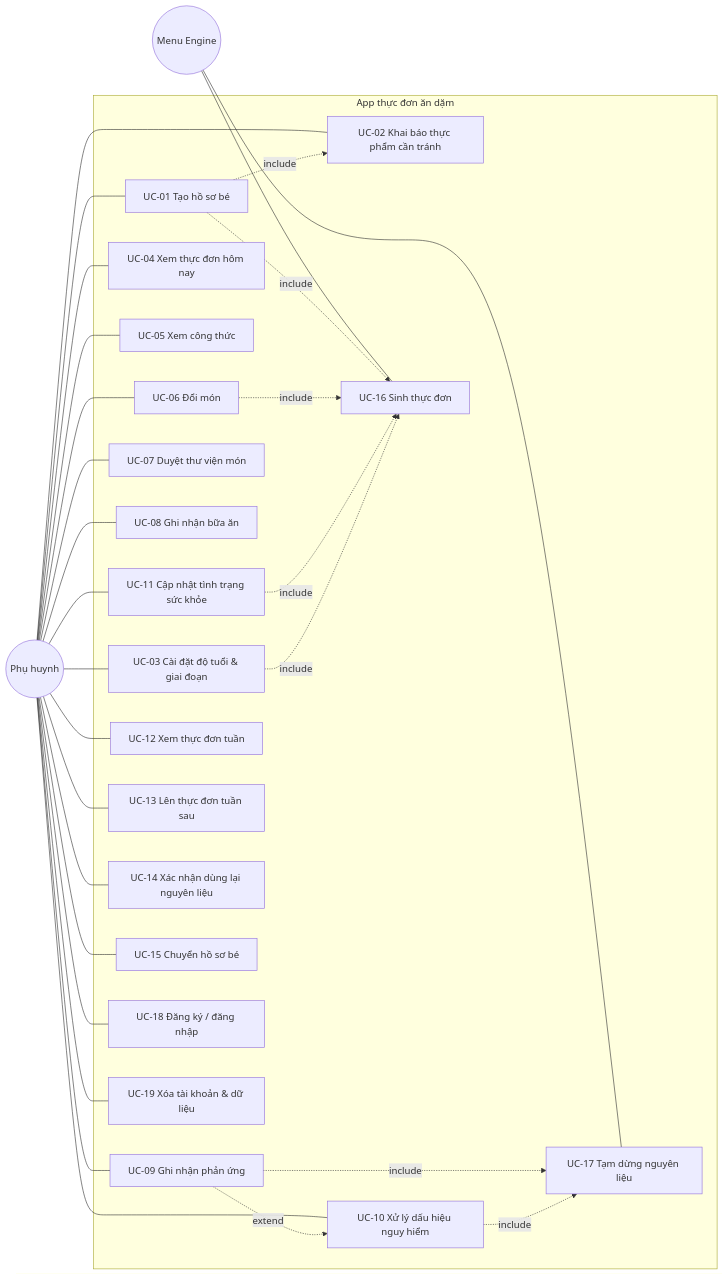
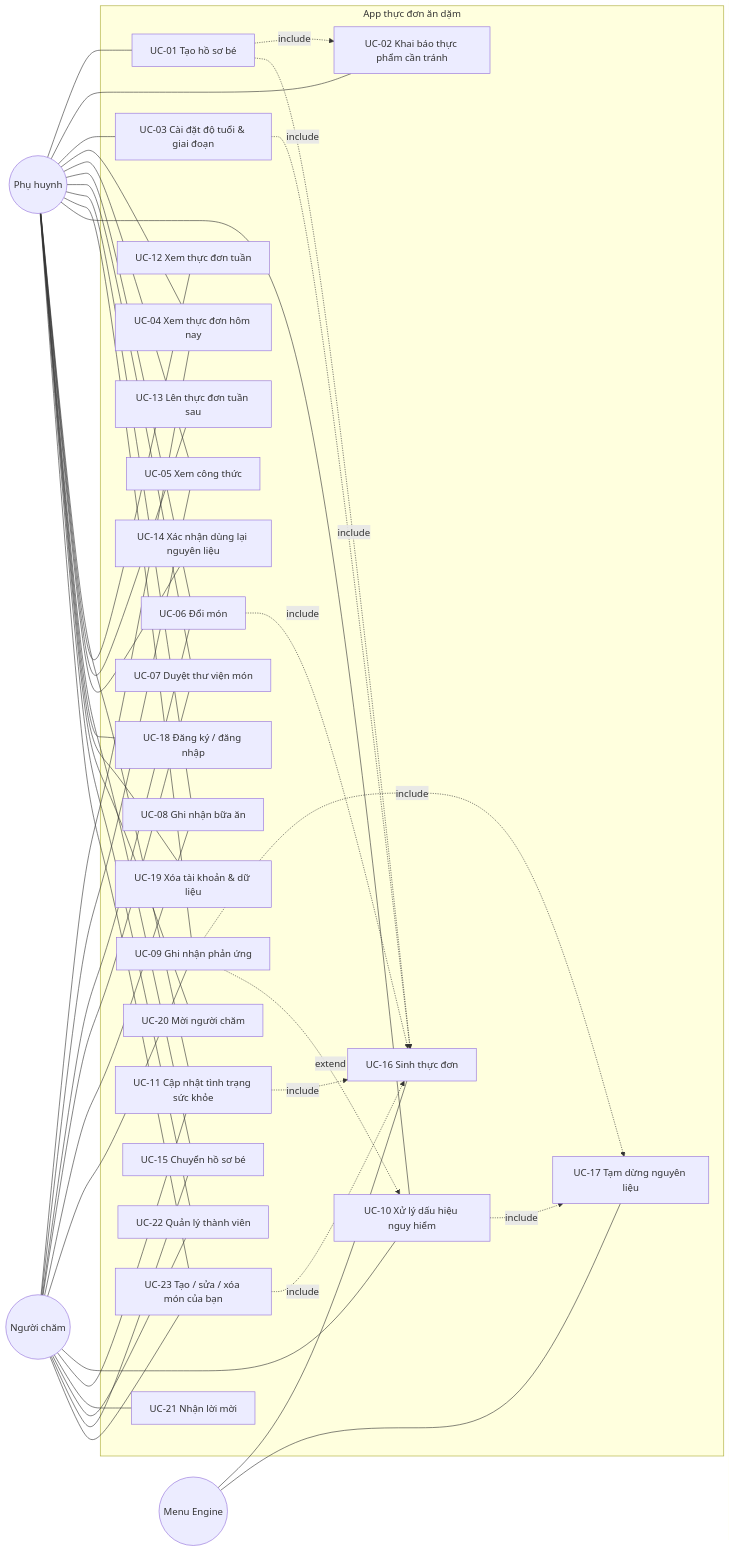
Before and after one commit to tuanpham197/andam: the second of 6 diagrams in docs/01-phan-tich-he-thong.md, drawn with Mermaid. The commit also changed other lines of this file and 195 other files, not shown here.

First line of the commit message:
P5 + P5b: meal logging, safety, "Món của bạn", several caregivers

````diff
--- a/docs/01-phan-tich-he-thong.md
+++ b/docs/01-phan-tich-he-thong.md
@@ -135,38 +141,46 @@
 ```mermaid
 flowchart LR
   P((Phụ huynh))
   E((Menu Engine))
   subgraph App[App thực đơn ăn dặm]
     UC01[UC-01 Tạo hồ sơ bé]
     UC02[UC-02 Khai báo thực phẩm cần tránh]
     UC03[UC-03 Cài đặt độ tuổi & giai đoạn]
     UC04[UC-04 Xem thực đơn hôm nay]
     UC05[UC-05 Xem công thức]
     UC06[UC-06 Đổi món]
     UC07[UC-07 Duyệt thư viện món]
     UC08[UC-08 Ghi nhận bữa ăn]
     UC09[UC-09 Ghi nhận phản ứng]
     UC10[UC-10 Xử lý dấu hiệu nguy hiểm]
     UC11[UC-11 Cập nhật tình trạng sức khỏe]
     UC12[UC-12 Xem thực đơn tuần]
     UC13[UC-13 Lên thực đơn tuần sau]
     UC14[UC-14 Xác nhận dùng lại nguyên liệu]
     UC15[UC-15 Chuyển hồ sơ bé]
     UC16[UC-16 Sinh thực đơn]
     UC17[UC-17 Tạm dừng nguyên liệu]
     UC18[UC-18 Đăng ký / đăng nhập]
     UC19[UC-19 Xóa tài khoản & dữ liệu]
+    UC20[UC-20 Mời người chăm]
+    UC21[UC-21 Nhận lời mời]
+    UC22[UC-22 Quản lý thành viên]
+    UC23[UC-23 Tạo / sửa / xóa món của bạn]
   end
+  C((Người chăm))
   P --- UC01 & UC02 & UC03 & UC04 & UC05 & UC06 & UC07
   P --- UC08 & UC09 & UC10 & UC11 & UC12 & UC13 & UC14 & UC15
-  P --- UC18 & UC19
+  P --- UC18 & UC19 & UC20 & UC22 & UC23
+  C --- UC04 & UC05 & UC06 & UC07 & UC08 & UC09 & UC10 & UC11
+  C --- UC21 & UC22 & UC15 & UC23
+  UC23 -. include .-> UC16
   E --- UC16 & UC17
   UC01 -. include .-> UC02
   UC01 -. include .-> UC16
   UC06 -. include .-> UC16
   UC11 -. include .-> UC16
   UC03 -. include .-> UC16
   UC09 -. include .-> UC17
   UC10 -. include .-> UC17
   UC09 -. extend .-> UC10
 ```
````
